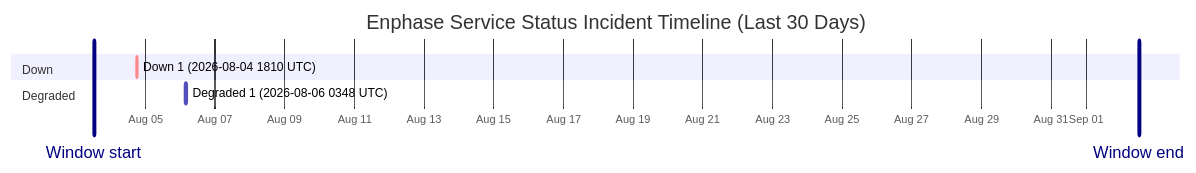
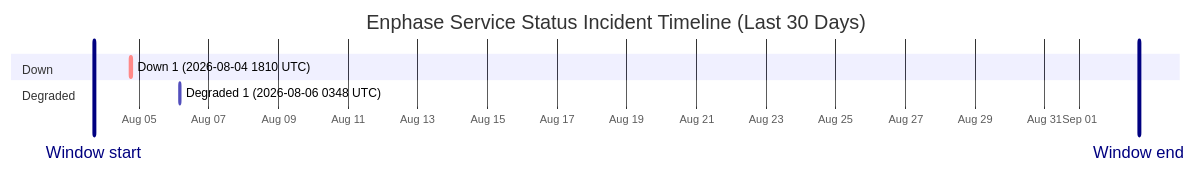
Before and after one commit to barneyonline/ha-enphase-energy: the diagram in wiki/Service-Status-History.md, drawn with Mermaid. The commit also changed other lines of this file and 3 other files, not shown here.

````diff
--- a/wiki/Service-Status-History.md
+++ b/wiki/Service-Status-History.md
@@ -14,12 +14,12 @@
 ```mermaid
 gantt
     title Enphase Service Status Incident Timeline (Last 30 Days)
     dateFormat  YYYY-MM-DDTHH:mm:ss
     axisFormat  %b %d
-    Window start :vert, window-start, 2026-08-03T12:33:39, 0ms
-    Window end :vert, window-end, 2026-09-02T12:33:39, 0ms
+    Window start :vert, window-start, 2026-08-03T16:59:43, 0ms
+    Window end :vert, window-end, 2026-09-02T16:59:43, 0ms
     section Down
     Down 1 (2026-08-04 1810 UTC) :crit, down-1, 2026-08-04T18:10:46, 60m
     section Degraded
     Degraded 1 (2026-08-06 0348 UTC) :active, degraded-1, 2026-08-06T03:48:14, 60m
 ```
````
